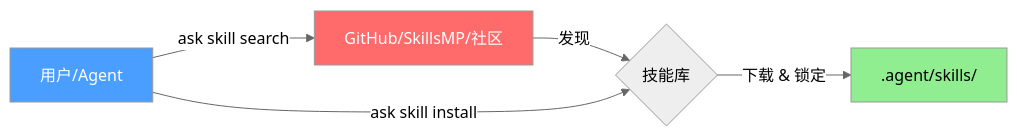
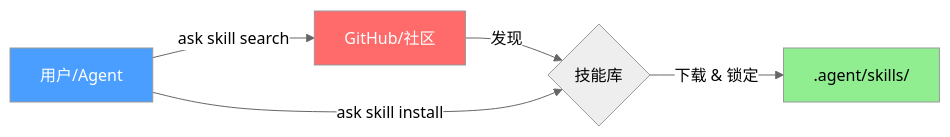
Before and after one commit to rzyns/ask: the diagram in README_zh.md, drawn with Mermaid (neutral theme). The commit also changed other lines of this file and 2 other files, not shown here.

````diff
--- a/README_zh.md
+++ b/README_zh.md
@@ -39,11 +39,11 @@
 ```mermaid
 graph LR
-    User[用户/Agent] -->|ask skill search| Sources[GitHub/SkillsMP/社区]
+    User[用户/Agent] -->|ask skill search| Sources[GitHub/社区]
     Sources -->|发现| Skills{技能库}
     User -->|ask skill install| Skills
     Skills -->|下载 & 锁定| Agent[.agent/skills/]
     
     style User fill:#4a9eff,color:white
     style Sources fill:#ff6b6b,color:white
     style Agent fill:#90ee90,color:black
 ```
````
